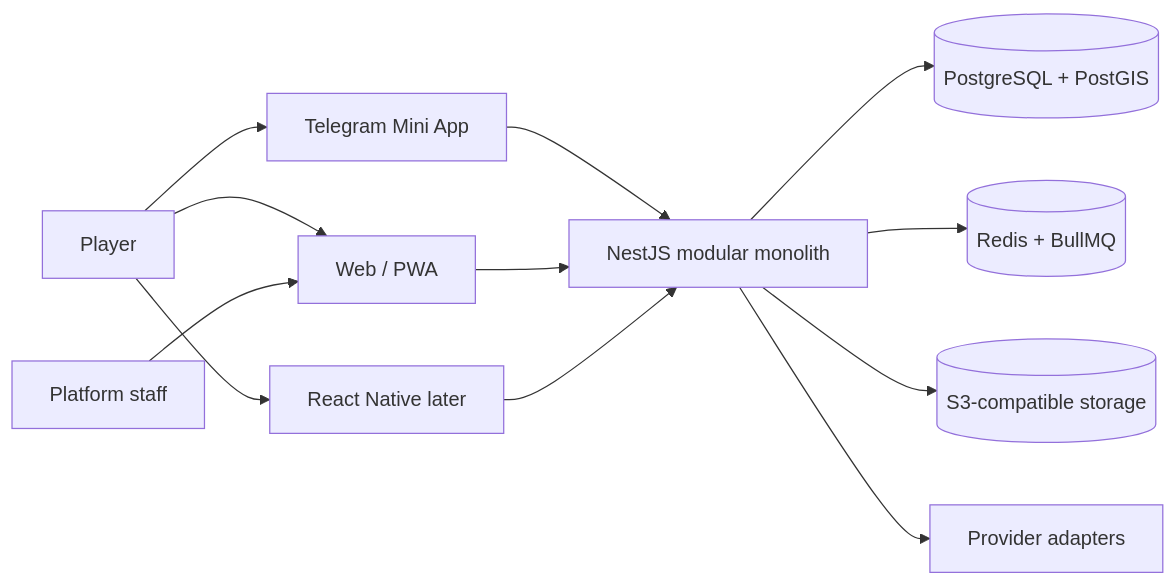
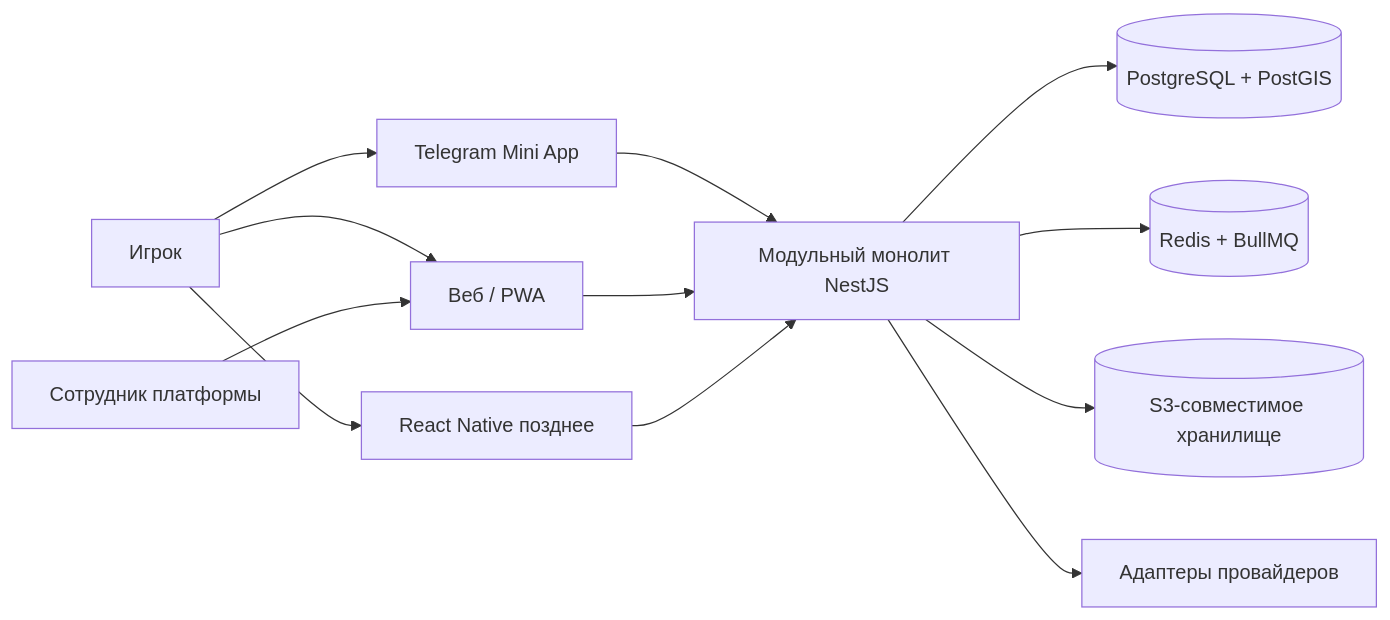
One commit to nullorone/picklehub changed the diagram in llm/_docs/architecture.md. Above: the diagram before and after it, drawn with Mermaid. The commit also changed other lines of this file and 110 other files, not shown here.

````diff
--- a/llm/_docs/architecture.md
+++ b/llm/_docs/architecture.md
@@ -5,14 +5,14 @@
 ```mermaid
 flowchart LR
-    U[Player] --> TG[Telegram Mini App]
-    U --> WEB[Web / PWA]
-    U --> MOB[React Native later]
-    A[Platform staff] --> WEB
-    TG --> API[NestJS modular monolith]
+    U[Игрок] --> TG[Telegram Mini App]
+    U --> WEB[Веб / PWA]
+    U --> MOB[React Native позднее]
+    A[Сотрудник платформы] --> WEB
+    TG --> API[Модульный монолит NestJS]
     WEB --> API
     MOB --> API
     API --> PG[(PostgreSQL + PostGIS)]
     API --> REDIS[(Redis + BullMQ)]
-    API --> S3[(S3-compatible storage)]
-    API --> EXT[Provider adapters]
+    API --> S3[(S3-совместимое хранилище)]
+    API --> EXT[Адаптеры провайдеров]
 ```
````
